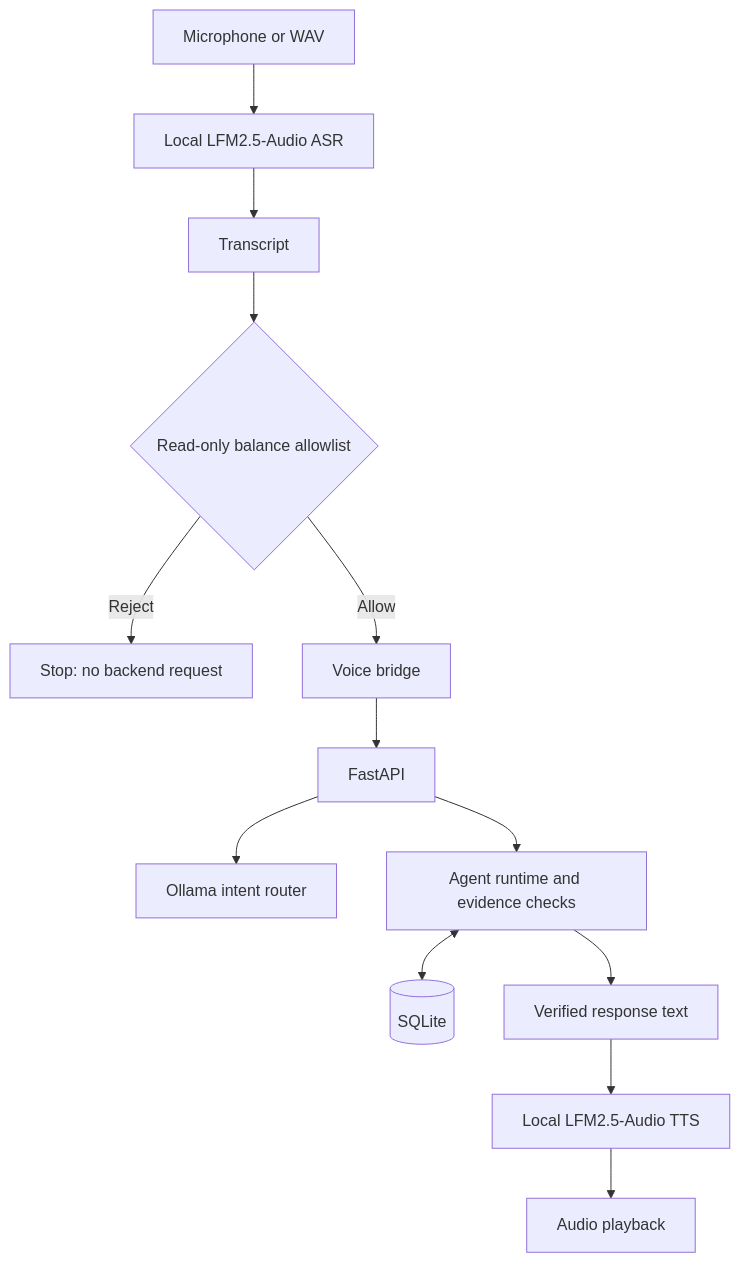
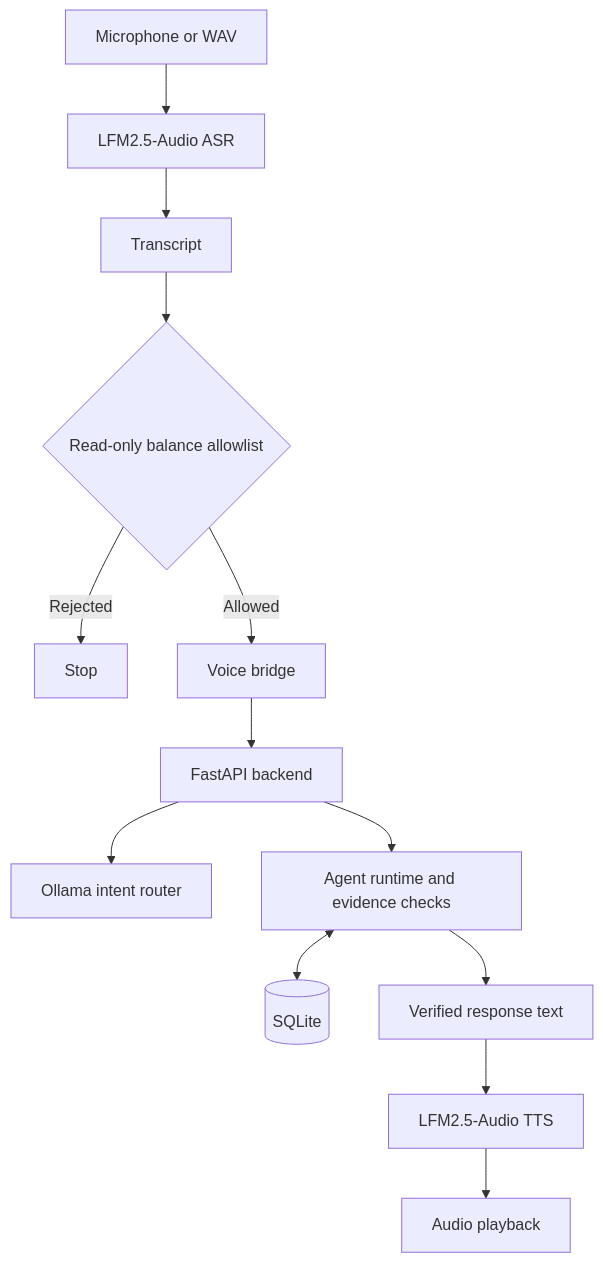
One commit to SIDDHARTH-PADIGAR/echoresolve changed the diagram in README.md. Above: the diagram before and after it, drawn with Mermaid. The commit also changed other lines of this file, not shown here.

````diff
--- a/README.md
+++ b/README.md
@@ -25,15 +27,15 @@
 ```mermaid
 flowchart TD
-    A[Microphone or WAV] --> B[Local LFM2.5-Audio ASR]
+    A[Microphone or WAV] --> B[LFM2.5-Audio ASR]
     B --> C[Transcript]
     C --> D{Read-only balance allowlist}
-    D -- Reject --> E[Stop: no backend request]
-    D -- Allow --> F[Voice bridge]
-    F --> G[FastAPI]
+    D -- Rejected --> E[Stop]
+    D -- Allowed --> F[Voice bridge]
+    F --> G[FastAPI backend]
     G --> H[Ollama intent router]
     G --> I[Agent runtime and evidence checks]
     I <--> J[(SQLite)]
     I --> K[Verified response text]
-    K --> L[Local LFM2.5-Audio TTS]
+    K --> L[LFM2.5-Audio TTS]
     L --> M[Audio playback]
 ```
````
